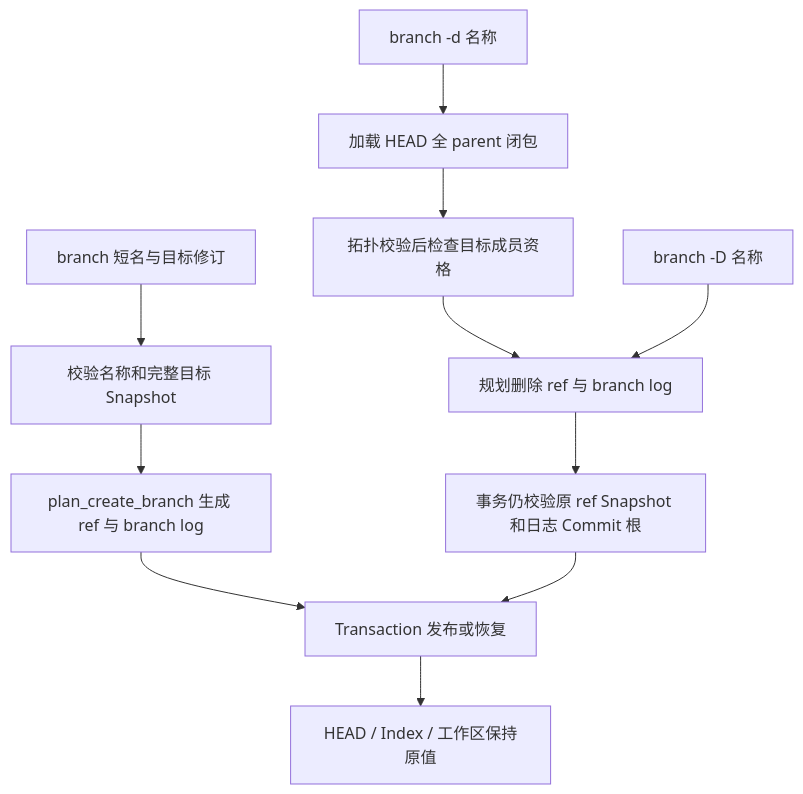
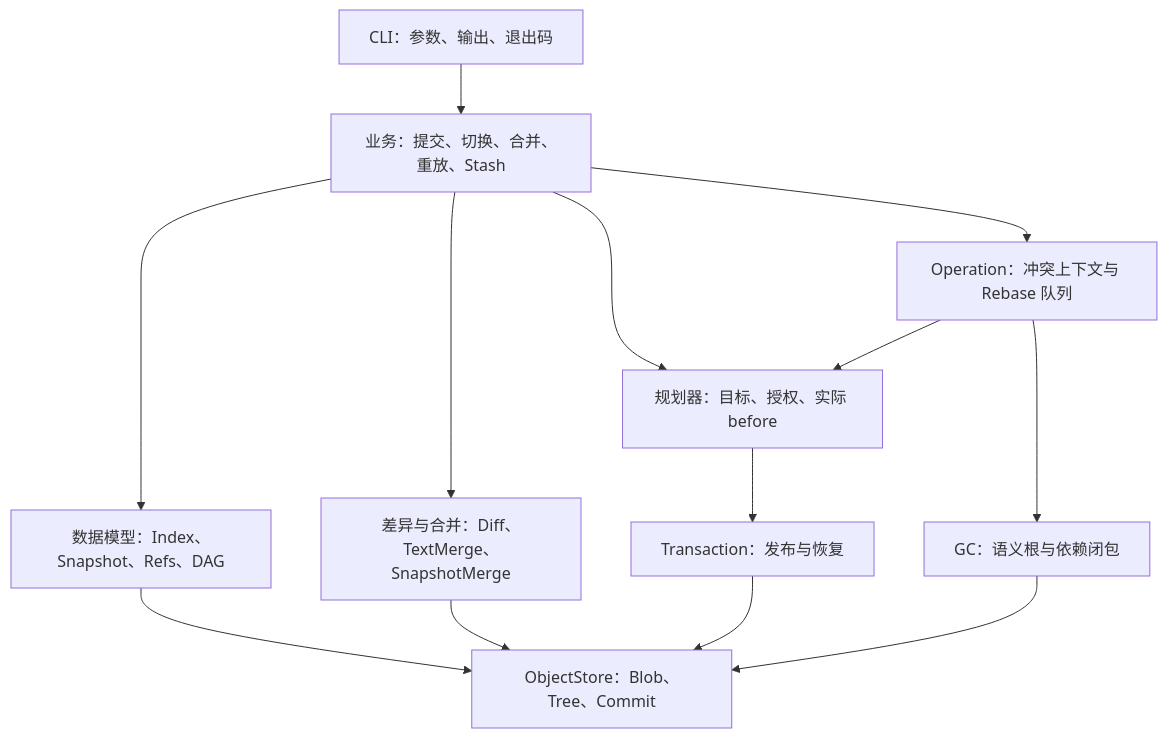
The first of 2 diagrams in docs/architecture.md (Always1010/MiniGit), drawn with Mermaid before and after one commit. The commit also changed other lines of this file and 11 other files, not shown here.

Commit message:
docs: 精简项目文档并按用途归类添加原理图解

````diff
--- a/docs/architecture.md
+++ b/docs/architecture.md
@@ -219,13 +5,15 @@
 ```mermaid
-flowchart TD
-    N[branch 短名与目标修订] --> C[校验名称和完整目标 Snapshot]
-    C --> P[plan_create_branch 生成 ref 与 branch log]
-    P --> T[Transaction 发布或恢复]
-    D[branch -d 名称] --> G[加载 HEAD 全 parent 闭包]
-    G --> K[拓扑校验后检查目标成员资格]
-    K --> X[规划删除 ref 与 branch log]
-    F[branch -D 名称] --> X
-    X --> V[事务仍校验原 ref Snapshot 和日志 Commit 根]
-    V --> T
-    T --> U[HEAD / Index / 工作区保持原值]
+flowchart TB
+    CLI[CLI：参数、输出、退出码] --> Business[业务：提交、切换、合并、重放、Stash]
+    Business --> Model[数据模型：Index、Snapshot、Refs、DAG]
+    Business --> Engine[差异与合并：Diff、TextMerge、SnapshotMerge]
+    Business --> Plan[规划器：目标、授权、实际 before]
+    Business --> State[Operation：冲突上下文与 Rebase 队列]
+    State --> Plan
+    Plan --> Txn[Transaction：发布与恢复]
+    Model --> Objects[ObjectStore：Blob、Tree、Commit]
+    Engine --> Objects
+    Txn --> Objects
+    GC[GC：语义根与依赖闭包] --> Objects
+    State --> GC
 ```
````
